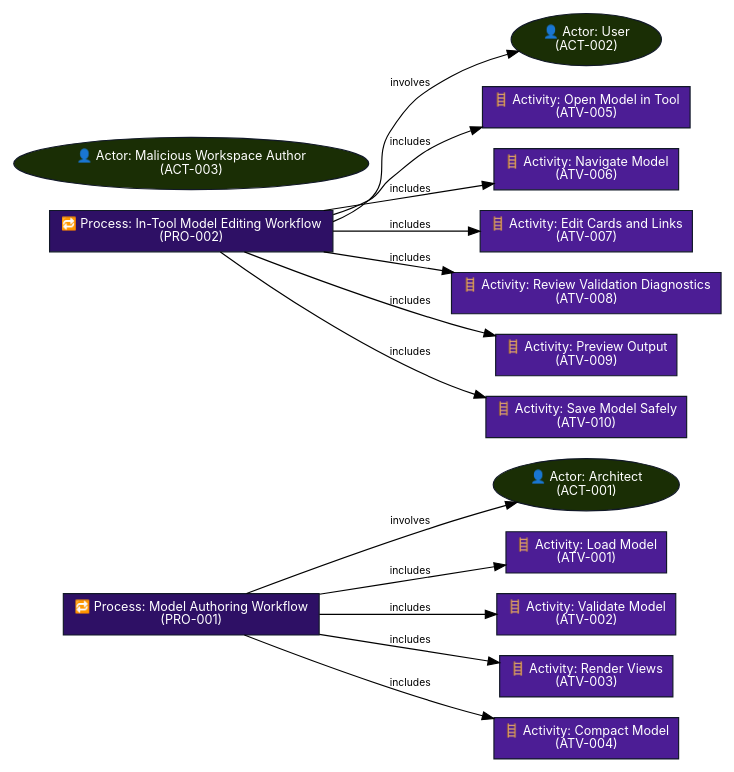
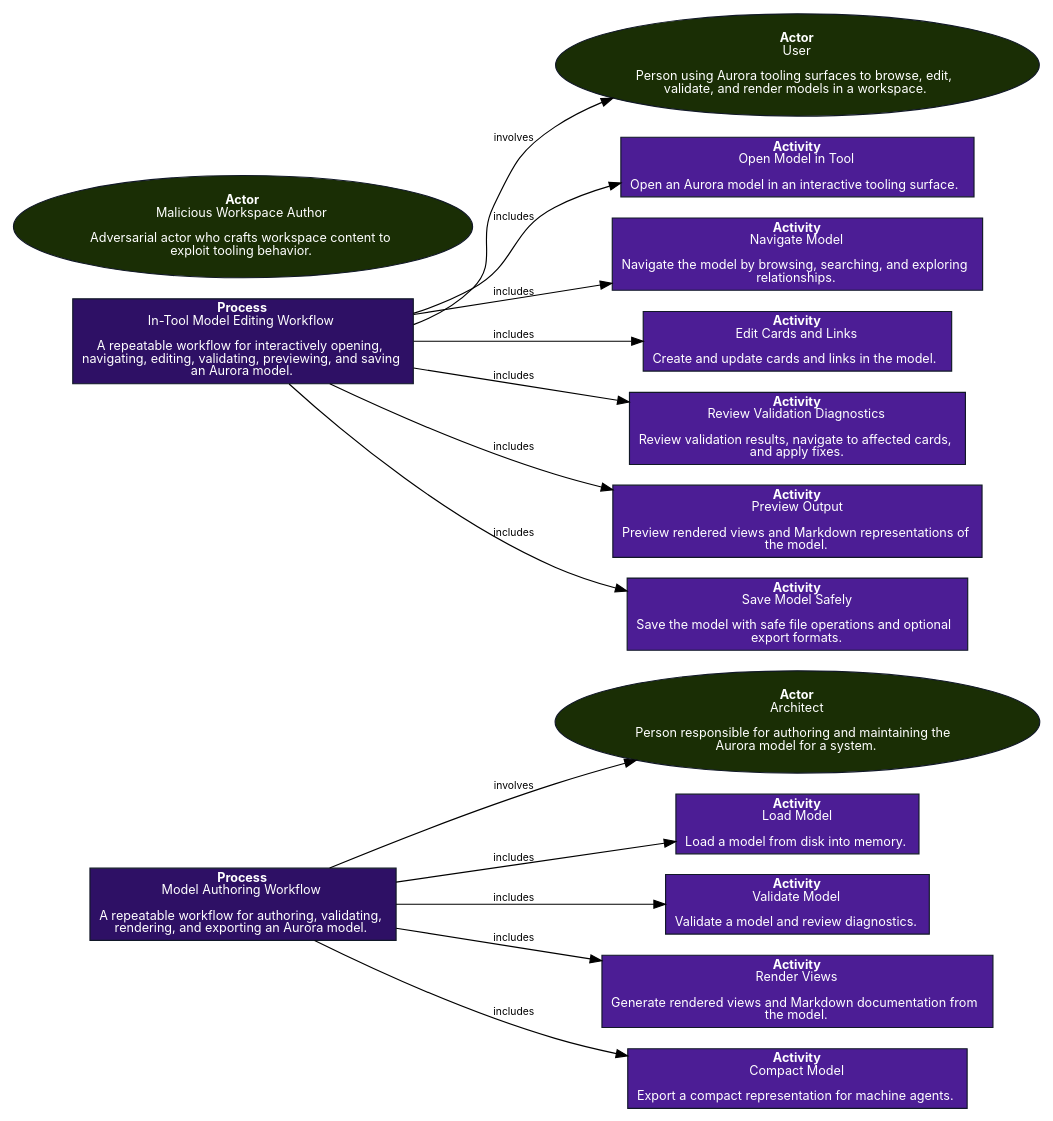
The diagram in docs/design/MIS-001-Provide_Default_Tooling_for_AURORA/Views/source/Runbook_Playbook_Set.view.dot (JEleniel/aurora), drawn with Graphviz before and after one commit. The commit also changed 107 other files, not shown here.

```diff
--- a/docs/design/MIS-001-Provide_Default_Tooling_for_AURORA/Views/source/Runbook_Playbook_Set.view.dot
+++ b/docs/design/MIS-001-Provide_Default_Tooling_for_AURORA/Views/source/Runbook_Playbook_Set.view.dot
@@ -1,32 +1,32 @@
 digraph "Runbook / Playbook Set View" {
 	graph [bgcolor="#FFFFFF", fontname="Inter", rankdir="LR", splines="spline"];
 	node [color="#111827", fillcolor="#E5E7EB", fontcolor="#111827", fontname="Inter", fontsize="11", shape="box", style="filled"];
 	edge [color="#000000", fontcolor="#000000", fontname="Inter", fontsize="9"];
-	"ACT-001" [fillcolor="#1a2e05", fontcolor="#FFFFFF", label="👤 Actor: Architect\n(ACT-001)", shape="ellipse"];
-	"ACT-002" [fillcolor="#1a2e05", fontcolor="#FFFFFF", label="👤 Actor: User\n(ACT-002)", shape="ellipse"];
-	"ACT-003" [fillcolor="#1a2e05", fontcolor="#FFFFFF", label="👤 Actor: Malicious Workspace Author\n(ACT-003)", shape="ellipse"];
-	"ATV-001" [fillcolor="#4c1d95", fontcolor="#FFFFFF", label="🪜 Activity: Load Model\n(ATV-001)", shape="box"];
-	"ATV-002" [fillcolor="#4c1d95", fontcolor="#FFFFFF", label="🪜 Activity: Validate Model\n(ATV-002)", shape="box"];
-	"ATV-003" [fillcolor="#4c1d95", fontcolor="#FFFFFF", label="🪜 Activity: Render Views\n(ATV-003)", shape="box"];
-	"ATV-004" [fillcolor="#4c1d95", fontcolor="#FFFFFF", label="🪜 Activity: Compact Model\n(ATV-004)", shape="box"];
-	"ATV-005" [fillcolor="#4c1d95", fontcolor="#FFFFFF", label="🪜 Activity: Open Model in Tool\n(ATV-005)", shape="box"];
-	"ATV-006" [fillcolor="#4c1d95", fontcolor="#FFFFFF", label="🪜 Activity: Navigate Model\n(ATV-006)", shape="box"];
-	"ATV-007" [fillcolor="#4c1d95", fontcolor="#FFFFFF", label="🪜 Activity: Edit Cards and Links\n(ATV-007)", shape="box"];
-	"ATV-008" [fillcolor="#4c1d95", fontcolor="#FFFFFF", label="🪜 Activity: Review Validation Diagnostics\n(ATV-008)", shape="box"];
-	"ATV-009" [fillcolor="#4c1d95", fontcolor="#FFFFFF", label="🪜 Activity: Preview Output\n(ATV-009)", shape="box"];
-	"ATV-010" [fillcolor="#4c1d95", fontcolor="#FFFFFF", label="🪜 Activity: Save Model Safely\n(ATV-010)", shape="box"];
-	"PRO-001" [fillcolor="#2e1065", fontcolor="#FFFFFF", label="🔁 Process: Model Authoring Workflow\n(PRO-001)", shape="box"];
-	"PRO-002" [fillcolor="#2e1065", fontcolor="#FFFFFF", label="🔁 Process: In-Tool Model Editing Workflow\n(PRO-002)", shape="box"];
+	"ACT-001" [fillcolor="#1a2e05", fontcolor="#FFFFFF", label=<<FONT><B>Actor</B><br />Architect<br /><br />Person responsible for authoring and maintaining the<br />Aurora model for a system.</FONT>>, shape="ellipse"];
+	"ACT-002" [fillcolor="#1a2e05", fontcolor="#FFFFFF", label=<<FONT><B>Actor</B><br />User<br /><br />Person using Aurora tooling surfaces to browse, edit,<br />validate, and render models in a workspace.</FONT>>, shape="ellipse"];
+	"ACT-003" [fillcolor="#1a2e05", fontcolor="#FFFFFF", label=<<FONT><B>Actor</B><br />Malicious Workspace Author<br /><br />Adversarial actor who crafts workspace content to<br />exploit tooling behavior.</FONT>>, shape="ellipse"];
+	"ATV-001" [fillcolor="#4c1d95", fontcolor="#FFFFFF", label=<<FONT><B>Activity</B><br />Load Model<br /><br />Load a model from disk into memory.</FONT>>, shape="box"];
+	"ATV-002" [fillcolor="#4c1d95", fontcolor="#FFFFFF", label=<<FONT><B>Activity</B><br />Validate Model<br /><br />Validate a model and review diagnostics.</FONT>>, shape="box"];
+	"ATV-003" [fillcolor="#4c1d95", fontcolor="#FFFFFF", label=<<FONT><B>Activity</B><br />Render Views<br /><br />Generate rendered views and Markdown documentation from<br />the model.</FONT>>, shape="box"];
+	"ATV-004" [fillcolor="#4c1d95", fontcolor="#FFFFFF", label=<<FONT><B>Activity</B><br />Compact Model<br /><br />Export a compact representation for machine agents.</FONT>>, shape="box"];
+	"ATV-005" [fillcolor="#4c1d95", fontcolor="#FFFFFF", label=<<FONT><B>Activity</B><br />Open Model in Tool<br /><br />Open an Aurora model in an interactive tooling surface.</FONT>>, shape="box"];
+	"ATV-006" [fillcolor="#4c1d95", fontcolor="#FFFFFF", label=<<FONT><B>Activity</B><br />Navigate Model<br /><br />Navigate the model by browsing, searching, and exploring<br />relationships.</FONT>>, shape="box"];
+	"ATV-007" [fillcolor="#4c1d95", fontcolor="#FFFFFF", label=<<FONT><B>Activity</B><br />Edit Cards and Links<br /><br />Create and update cards and links in the model.</FONT>>, shape="box"];
+	"ATV-008" [fillcolor="#4c1d95", fontcolor="#FFFFFF", label=<<FONT><B>Activity</B><br />Review Validation Diagnostics<br /><br />Review validation results, navigate to affected cards,<br />and apply fixes.</FONT>>, shape="box"];
+	"ATV-009" [fillcolor="#4c1d95", fontcolor="#FFFFFF", label=<<FONT><B>Activity</B><br />Preview Output<br /><br />Preview rendered views and Markdown representations of<br />the model.</FONT>>, shape="box"];
+	"ATV-010" [fillcolor="#4c1d95", fontcolor="#FFFFFF", label=<<FONT><B>Activity</B><br />Save Model Safely<br /><br />Save the model with safe file operations and optional<br />export formats.</FONT>>, shape="box"];
+	"PRO-001" [fillcolor="#2e1065", fontcolor="#FFFFFF", label=<<FONT><B>Process</B><br />Model Authoring Workflow<br /><br />A repeatable workflow for authoring, validating,<br />rendering, and exporting an Aurora model.</FONT>>, shape="box"];
+	"PRO-002" [fillcolor="#2e1065", fontcolor="#FFFFFF", label=<<FONT><B>Process</B><br />In-Tool Model Editing Workflow<br /><br />A repeatable workflow for interactively opening,<br />navigating, editing, validating, previewing, and saving<br />an Aurora model.</FONT>>, shape="box"];
 	"PRO-001" -> "ACT-001" [label="involves"];
 	"PRO-001" -> "ATV-001" [label="includes"];
 	"PRO-001" -> "ATV-002" [label="includes"];
 	"PRO-001" -> "ATV-003" [label="includes"];
 	"PRO-001" -> "ATV-004" [label="includes"];
 	"PRO-002" -> "ACT-002" [label="involves"];
 	"PRO-002" -> "ATV-005" [label="includes"];
 	"PRO-002" -> "ATV-006" [label="includes"];
 	"PRO-002" -> "ATV-007" [label="includes"];
 	"PRO-002" -> "ATV-008" [label="includes"];
 	"PRO-002" -> "ATV-009" [label="includes"];
 	"PRO-002" -> "ATV-010" [label="includes"];
 }
```
